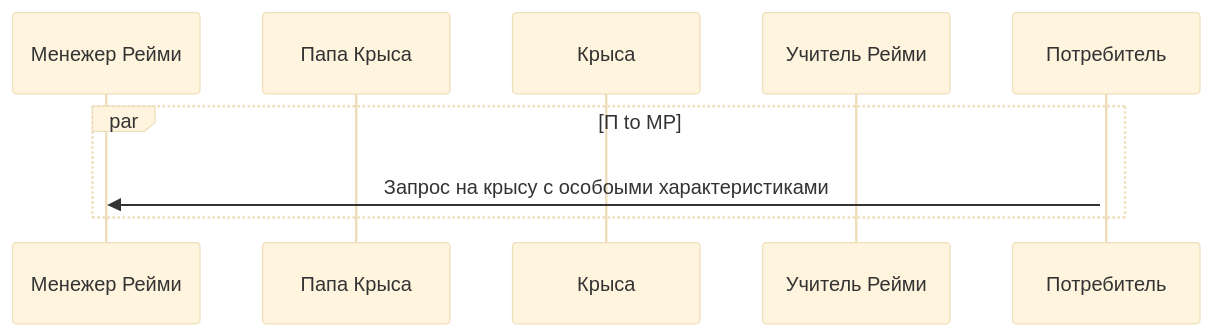
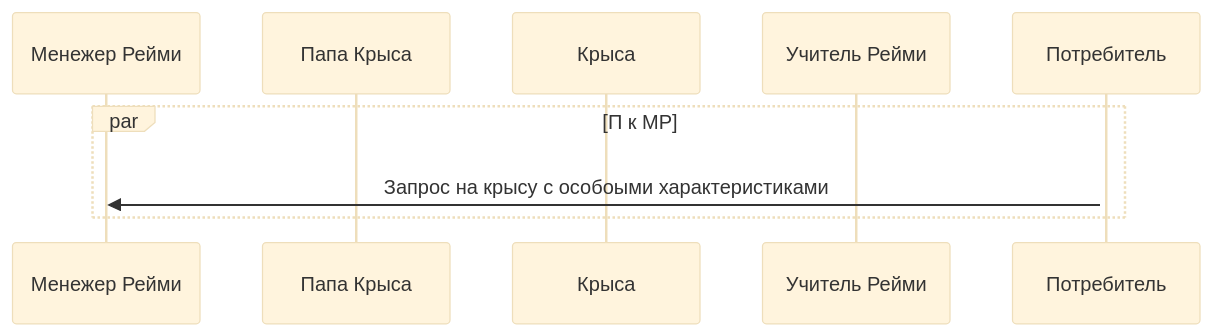
The diagram in README.md (VegaMethadone/Software-engineering-), drawn with Mermaid (base theme) before and after one commit.

````diff
--- a/README.md
+++ b/README.md
@@ -13,14 +13,14 @@
 ```mermaid
 sequenceDiagram
     participant МР as Менежер Рейми
     participant ПК as Папа Крыса
     participant К as Крыса
     participant Р as Учитель Рейми
     participant П as Потребитель
     activate П
-    par П to МР
+    par П к МР
         П->>МР: Запрос на крысу с особоыми характеристиками 
     end
     
     
 ```
````
